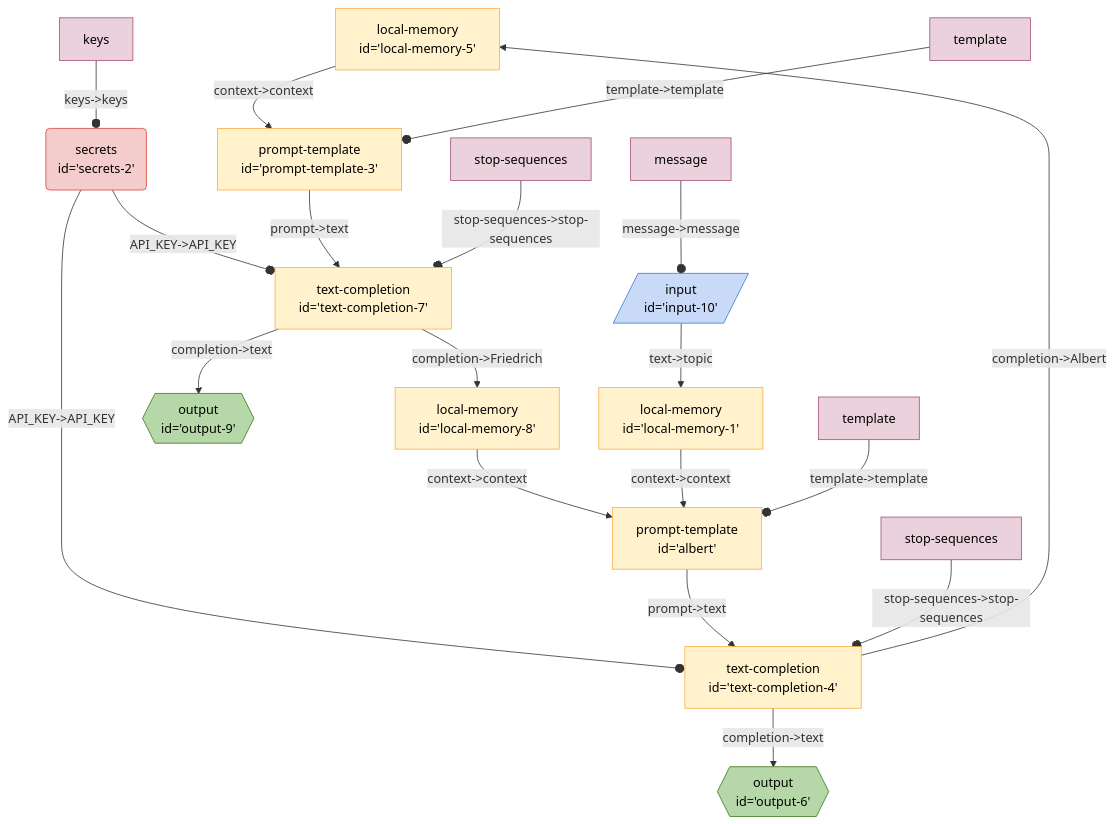
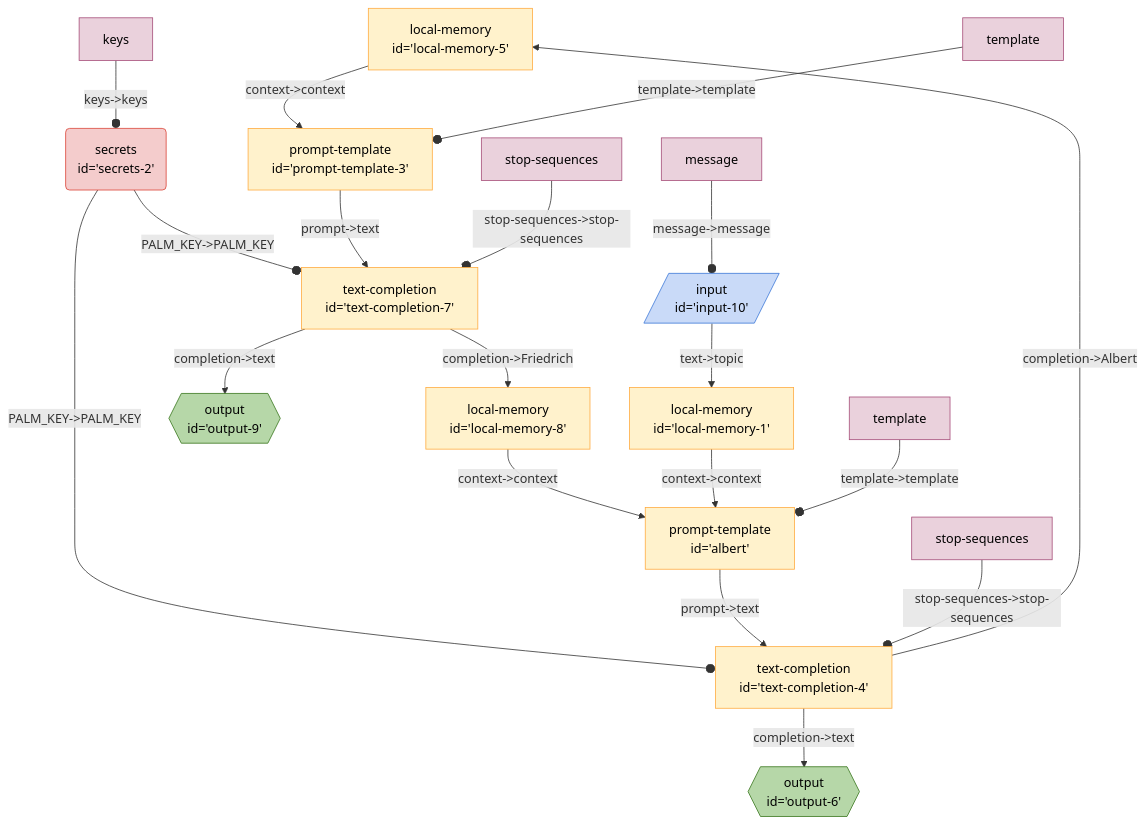
Before and after one commit to breadboard-ai/breadboard: the diagram in seeds/graph-playground/docs/graphs/endless-debate.md, drawn with Mermaid. The commit also changed 72 other files, not shown here.

Commit message:
Rename API_KEY to PALM_KEY. Fixes #72.

````diff
--- a/seeds/graph-playground/docs/graphs/endless-debate.md
+++ b/seeds/graph-playground/docs/graphs/endless-debate.md
@@ -5,54 +5,54 @@
   ```mermaid
   %%{init: 'themeVariables': { 'fontFamily': 'Fira Code, monospace' }}%%
 graph TD;
 localmemory5["local-memory
 id='local-memory-5'"] -- "context->context" --> prompttemplate3["prompt-template
 id='prompt-template-3'"]
 textcompletion4["text-completion
 id='text-completion-4'"] -- "completion->Albert" --> localmemory5["local-memory
 id='local-memory-5'"]
 textcompletion4["text-completion
 id='text-completion-4'"] -- "completion->text" --> output6{{"output
 id='output-6'"}}:::output
 secrets2("secrets
-id='secrets-2'"):::secrets -- "API_KEY->API_KEY" --o textcompletion4["text-completion
+id='secrets-2'"):::secrets -- "PALM_KEY->PALM_KEY" --o textcompletion4["text-completion
 id='text-completion-4'"]
 albert["prompt-template
 id='albert'"] -- "prompt->text" --> textcompletion4["text-completion
 id='text-completion-4'"]
 localmemory8["local-memory
 id='local-memory-8'"] -- "context->context" --> albert["prompt-template
 id='albert'"]
 textcompletion7["text-completion
 id='text-completion-7'"] -- "completion->Friedrich" --> localmemory8["local-memory
 id='local-memory-8'"]
 textcompletion7["text-completion
 id='text-completion-7'"] -- "completion->text" --> output9{{"output
 id='output-9'"}}:::output
 secrets2("secrets
-id='secrets-2'"):::secrets -- "API_KEY->API_KEY" --o textcompletion7["text-completion
+id='secrets-2'"):::secrets -- "PALM_KEY->PALM_KEY" --o textcompletion7["text-completion
 id='text-completion-7'"]
 prompttemplate3["prompt-template
 id='prompt-template-3'"] -- "prompt->text" --> textcompletion7["text-completion
 id='text-completion-7'"]
 localmemory1["local-memory
 id='local-memory-1'"] -- "context->context" --> albert["prompt-template
 id='albert'"]
 input10[/"input
 id='input-10'"/]:::input -- "text->topic" --> localmemory1["local-memory
 id='local-memory-1'"]
 keyssecrets2[keys]:::config -- "keys->keys" --o secrets2
 templateprompttemplate3[template]:::config -- "template->template" --o prompttemplate3
 templatealbert[template]:::config -- "template->template" --o albert
 stopsequencestextcompletion4[stop-sequences]:::config -- "stop-sequences->stop-sequences" --o textcompletion4
 stopsequencestextcompletion7[stop-sequences]:::config -- "stop-sequences->stop-sequences" --o textcompletion7
 messageinput10[message]:::config -- "message->message" --o input10
 classDef default stroke:#ffab40,fill:#fff2ccff,color:#000
 classDef input stroke:#3c78d8,fill:#c9daf8ff,color:#000
 classDef output stroke:#38761d,fill:#b6d7a8ff,color:#000
 classDef passthrough stroke:#a64d79,fill:#ead1dcff,color:#000
 classDef slot stroke:#a64d79,fill:#ead1dcff,color:#000
 classDef config stroke:#a64d79,fill:#ead1dcff,color:#000
 classDef secrets stroke:#db4437,fill:#f4cccc,color:#000
 classDef slotted stroke:#a64d79
   ```
````
